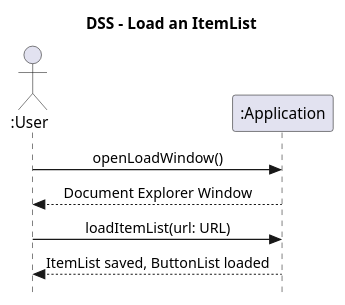
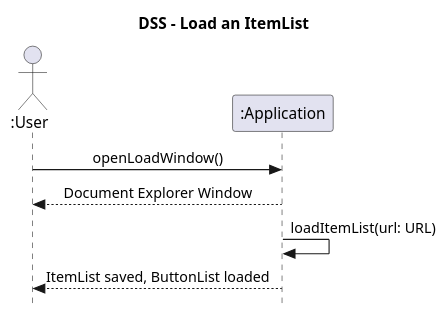
One commit to vexys001/RandoTracker changed the diagram in docs/DSS/cu01_LoadList_dss.puml. Above: the diagram before and after it, drawn with PlantUML. The commit also changed 4 other files, not shown here.

```diff
--- a/docs/DSS/cu01_LoadList_dss.puml
+++ b/docs/DSS/cu01_LoadList_dss.puml
@@ -1,17 +1,17 @@
 @startuml 
 skinparam style strictuml
 skinparam DefaultFontName Verdana
 skinparam backgroundcolor transparent
 skinparam sequenceMessageAlign center
 title DSS - Load an ItemList
 
 actor ":User" as u
 participant ":Application" as a 
 
 u -> a : openLoadWindow()
 a --> u : Document Explorer Window
 
-u -> a : loadItemList(url: URL)
+a -> a : loadItemList(url: URL)
 a --> u : ItemList saved, ButtonList loaded
 
 @enduml
```
